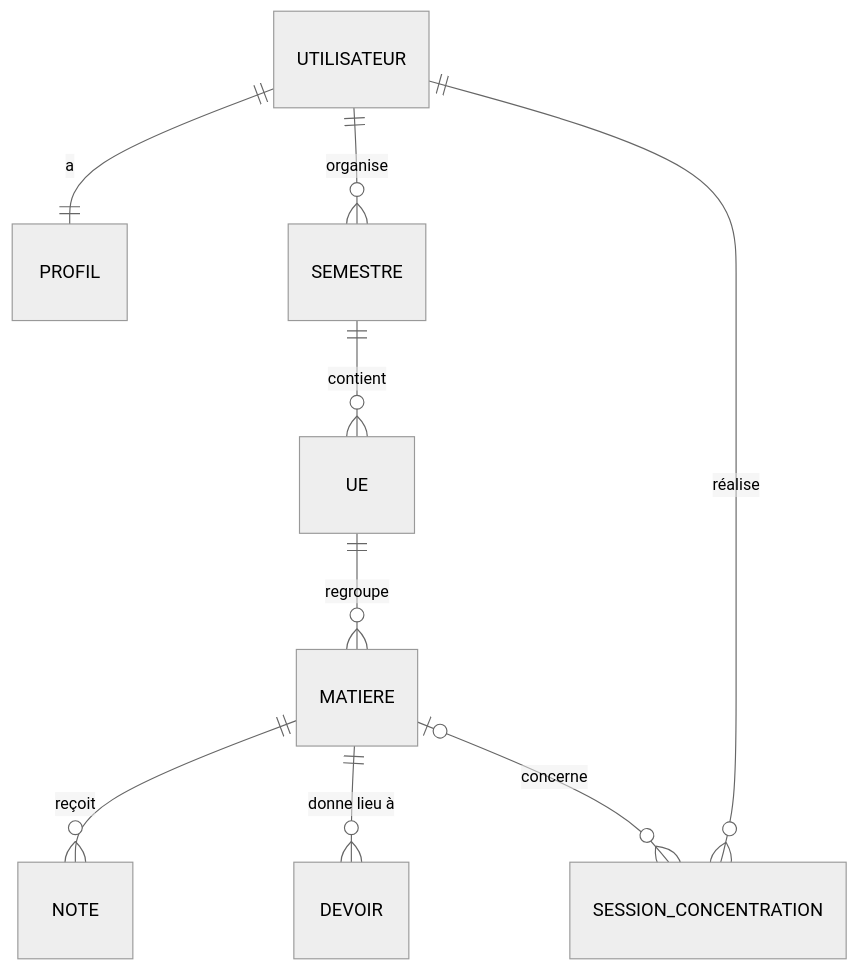
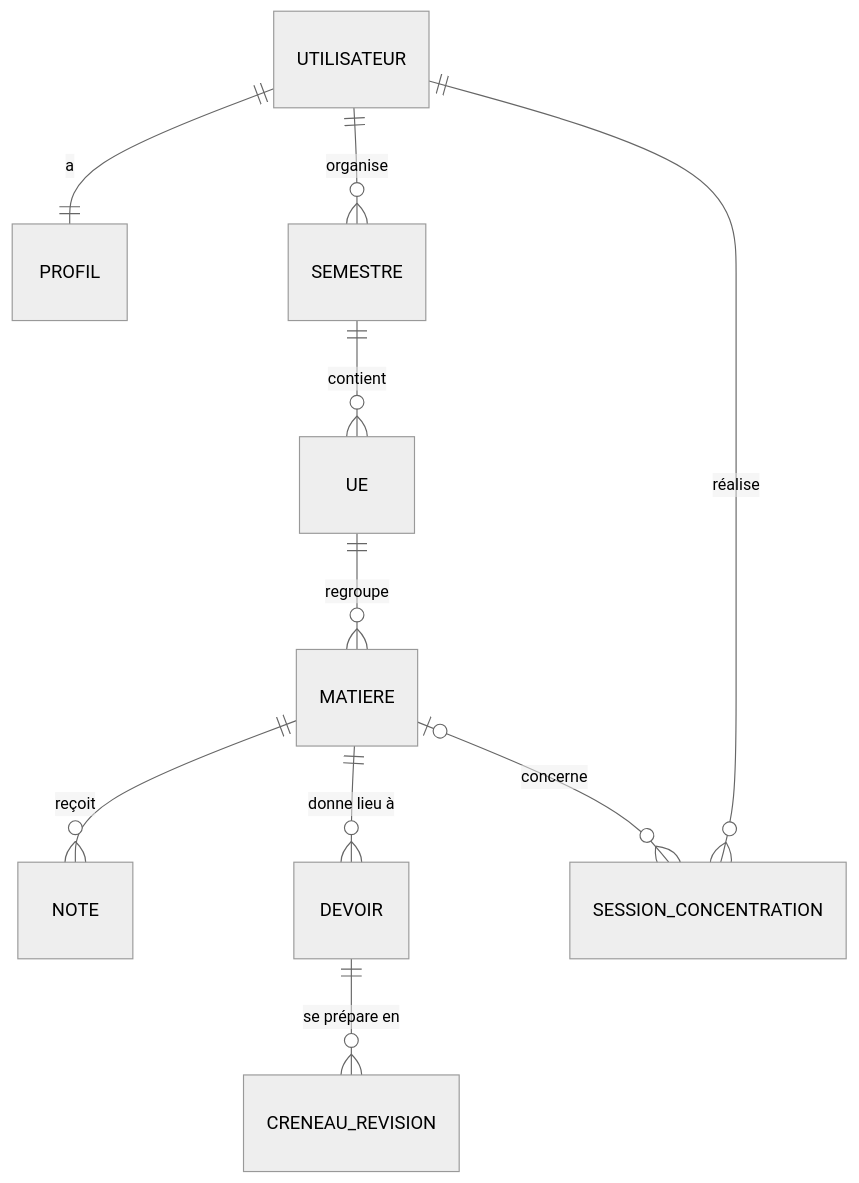
Before and after one commit to sllmb/campusflow: the first of 2 diagrams in docs/modele-de-donnees.md, drawn with Mermaid (neutral theme). The commit also changed other lines of this file and 21 other files, not shown here.

````diff
--- a/docs/modele-de-donnees.md
+++ b/docs/modele-de-donnees.md
@@ -28,11 +30,12 @@
 ```mermaid
 erDiagram
     UTILISATEUR ||--|| PROFIL : "a"
     UTILISATEUR ||--o{ SEMESTRE : "organise"
     SEMESTRE ||--o{ UE : "contient"
     UE ||--o{ MATIERE : "regroupe"
     MATIERE ||--o{ NOTE : "reçoit"
     MATIERE ||--o{ DEVOIR : "donne lieu à"
+    DEVOIR ||--o{ CRENEAU_REVISION : "se prépare en"
     MATIERE |o--o{ SESSION_CONCENTRATION : "concerne"
     UTILISATEUR ||--o{ SESSION_CONCENTRATION : "réalise"
 ```
````
